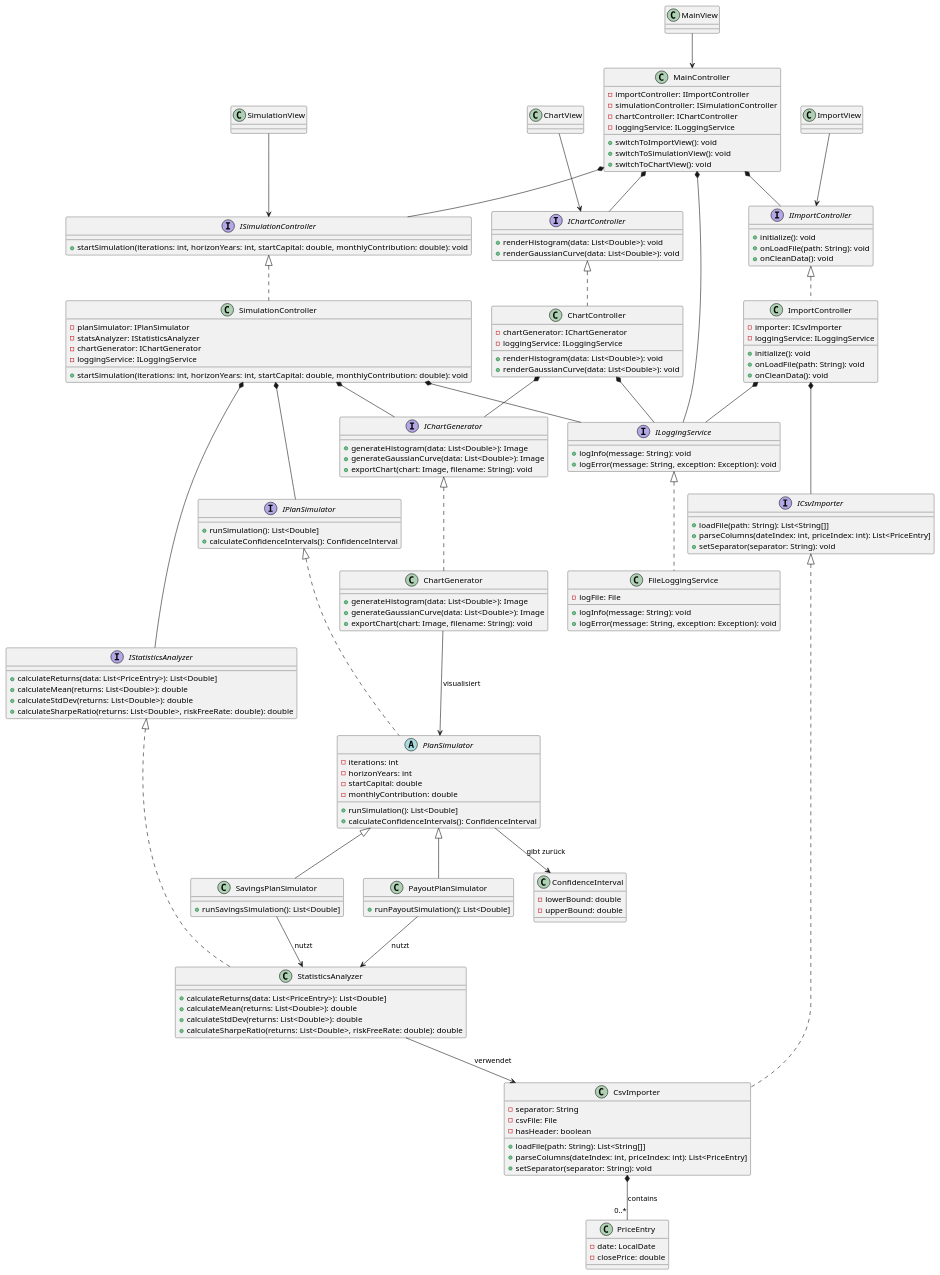
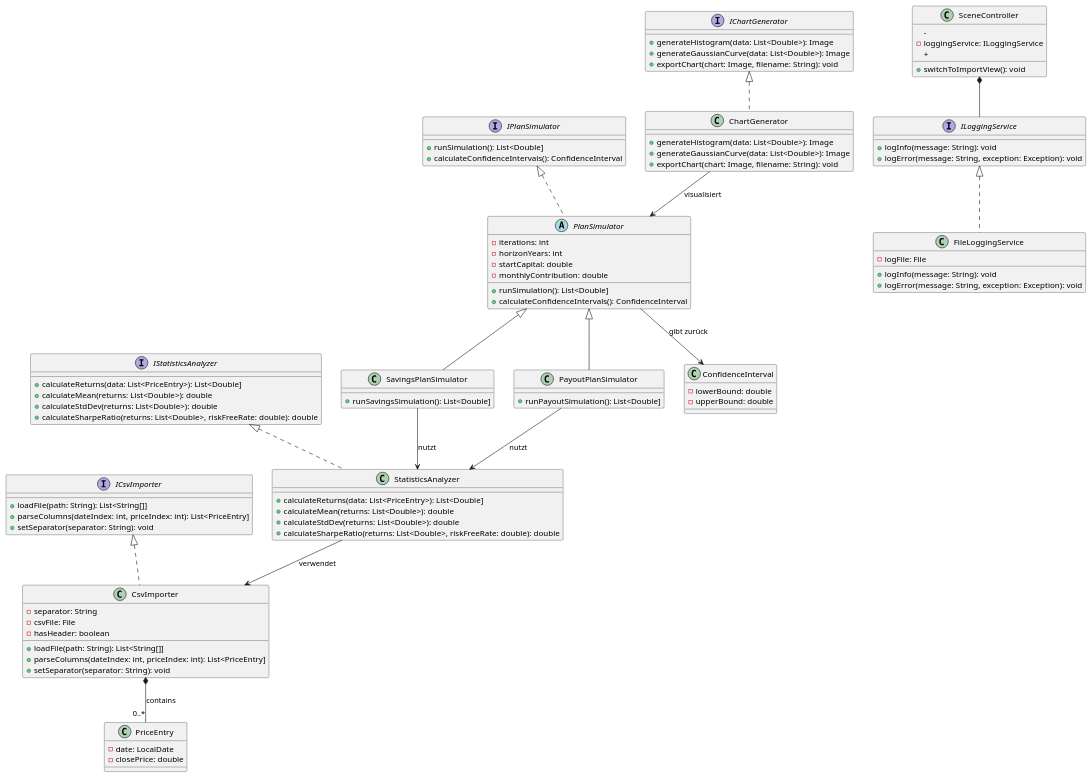
The diagram in docs/ClassDia.puml (SvenM87/WP_Java), drawn with PlantUML before and after one commit.

Commit message:
Controller aus Klassendiagram entfernt; nutzen nur SceneController

```diff
--- a/docs/ClassDia.puml
+++ b/docs/ClassDia.puml
@@ -1,168 +1,105 @@
 @startuml KlassenDiagram
 
 ' Interfaces
 interface ICsvImporter {
   + loadFile(path: String): List<String[]]
   + parseColumns(dateIndex: int, priceIndex: int): List<PriceEntry]
   + setSeparator(separator: String): void
 }
 interface IStatisticsAnalyzer {
   + calculateReturns(data: List<PriceEntry>): List<Double]
   + calculateMean(returns: List<Double>): double
   + calculateStdDev(returns: List<Double>): double
   + calculateSharpeRatio(returns: List<Double>, riskFreeRate: double): double
 }
 interface IPlanSimulator {
   + runSimulation(): List<Double]
   + calculateConfidenceIntervals(): ConfidenceInterval
 }
 interface IChartGenerator {
   + generateHistogram(data: List<Double>): Image
   + generateGaussianCurve(data: List<Double>): Image
   + exportChart(chart: Image, filename: String): void
 }
 interface ILoggingService {
   + logInfo(message: String): void
   + logError(message: String, exception: Exception): void
 }
 
 ' Concrete Classes
 class CsvImporter implements ICsvImporter {
   - separator: String
   - csvFile: File
   - hasHeader: boolean
   + loadFile(path: String): List<String[]]
   + parseColumns(dateIndex: int, priceIndex: int): List<PriceEntry]
   + setSeparator(separator: String): void
 }
 
 class PriceEntry {
   - date: LocalDate
   - closePrice: double
 }
 
 class StatisticsAnalyzer implements IStatisticsAnalyzer {
   + calculateReturns(data: List<PriceEntry>): List<Double]
   + calculateMean(returns: List<Double>): double
   + calculateStdDev(returns: List<Double>): double
   + calculateSharpeRatio(returns: List<Double>, riskFreeRate: double): double
 }
 
 abstract class PlanSimulator implements IPlanSimulator {
   - iterations: int
   - horizonYears: int
   - startCapital: double
   - monthlyContribution: double
   + runSimulation(): List<Double]
   + calculateConfidenceIntervals(): ConfidenceInterval
 }
 
 class SavingsPlanSimulator extends PlanSimulator {
   + runSavingsSimulation(): List<Double]
 }
 
 class PayoutPlanSimulator extends PlanSimulator {
   + runPayoutSimulation(): List<Double]
 }
 
 class ConfidenceInterval {
   - lowerBound: double
   - upperBound: double
 }
 
 class ChartGenerator implements IChartGenerator {
   + generateHistogram(data: List<Double>): Image
   + generateGaussianCurve(data: List<Double>): Image
   + exportChart(chart: Image, filename: String): void
 }
 
 class FileLoggingService implements ILoggingService {
   - logFile: File
   + logInfo(message: String): void
   + logError(message: String, exception: Exception): void
 }
 
-' MVC Layer
-interface IImportController {
-  + initialize(): void
-  + onLoadFile(path: String): void
-  + onCleanData(): void
-}
-class ImportController implements IImportController {
-  - importer: ICsvImporter
-  - loggingService: ILoggingService
-  + initialize(): void
-  + onLoadFile(path: String): void
-  + onCleanData(): void
-}
-
-interface ISimulationController {
-  + startSimulation(iterations: int, horizonYears: int, startCapital: double, monthlyContribution: double): void
-}
-class SimulationController implements ISimulationController {
-  - planSimulator: IPlanSimulator
-  - statsAnalyzer: IStatisticsAnalyzer
-  - chartGenerator: IChartGenerator
-  - loggingService: ILoggingService
-  + startSimulation(iterations: int, horizonYears: int, startCapital: double, monthlyContribution: double): void
-}
-
-interface IChartController {
-  + renderHistogram(data: List<Double>): void
-  + renderGaussianCurve(data: List<Double>): void
-}
-class ChartController implements IChartController {
-  - chartGenerator: IChartGenerator
-  - loggingService: ILoggingService
-  + renderHistogram(data: List<Double>): void
-  + renderGaussianCurve(data: List<Double>): void
-}
-
-class MainController {
-  - importController: IImportController
-  - simulationController: ISimulationController
-  - chartController: IChartController
+class SceneController {
+  - 
   - loggingService: ILoggingService
   + switchToImportView(): void
-  + switchToSimulationView(): void
-  + switchToChartView(): void
+  + 
 }
-
-class MainView
-class ImportView
-class SimulationView
-class ChartView
 
 ' Relationships
 CsvImporter *-- "0..*" PriceEntry : contains
 
 StatisticsAnalyzer --> CsvImporter : verwendet
 SavingsPlanSimulator --> StatisticsAnalyzer : nutzt
 PayoutPlanSimulator --> StatisticsAnalyzer : nutzt
 PlanSimulator --> ConfidenceInterval : gibt zurück
 ChartGenerator --> PlanSimulator : visualisiert
 
 ' Injection (composition)
-ImportController *-- ICsvImporter
-ImportController *-- ILoggingService
 
-SimulationController *-- IPlanSimulator
-SimulationController *-- IStatisticsAnalyzer
-SimulationController *-- IChartGenerator
-SimulationController *-- ILoggingService
-
-ChartController *-- IChartGenerator
-ChartController *-- ILoggingService
-
-MainController *-- IImportController
-MainController *-- ISimulationController
-MainController *-- IChartController
-MainController *-- ILoggingService
-
-' MVC wiring
-ImportView --> IImportController
-SimulationView --> ISimulationController
-ChartView --> IChartController
-MainView --> MainController
+SceneController *-- ILoggingService
 
 @enduml
```
